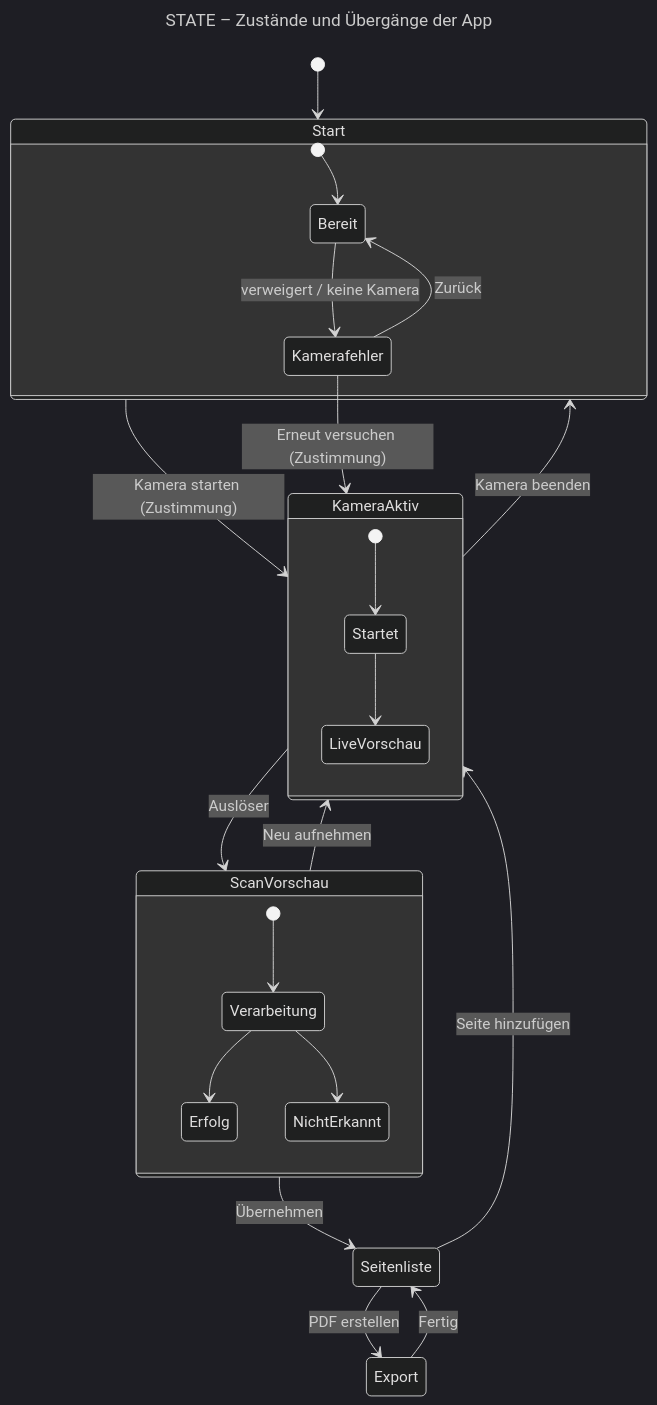
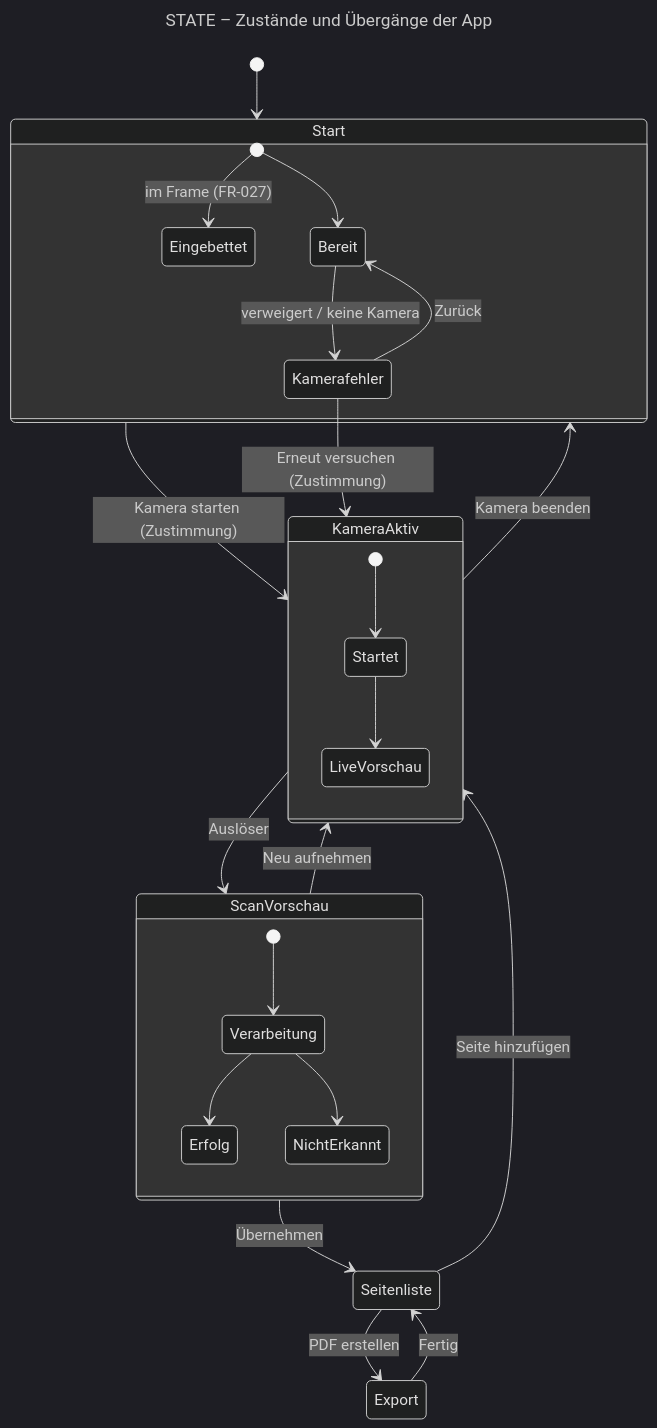
One commit to alexanderweigelt/ScannerPWA changed the third of 8 diagrams in ARCHITECTURE.md. Above: the diagram before and after it, drawn with Mermaid (dark theme). The commit also changed other lines of this file and 8 other files, not shown here.

````diff
--- a/ARCHITECTURE.md
+++ b/ARCHITECTURE.md
@@ -194,32 +195,33 @@
 ```mermaid
 ---
 title: STATE – Zustände und Übergänge der App
 ---
 stateDiagram-v2
   accTitle: Zustandsmaschine der App
   accDescr: Fünf Zustände nach FR-015 mit Teilzuständen nach DESIGN.md. Jeder Zustand hat mindestens eine Aktion; Fehler bleiben Teilzustände.
   [*] --> Start
   state Start {
     [*] --> Bereit
+    [*] --> Eingebettet: im Frame (FR-027)
     Bereit --> Kamerafehler: verweigert / keine Kamera
     Kamerafehler --> Bereit: Zurück
   }
   Start --> KameraAktiv: Kamera starten (Zustimmung)
   Kamerafehler --> KameraAktiv: Erneut versuchen (Zustimmung)
   state KameraAktiv {
     [*] --> Startet
     Startet --> LiveVorschau
   }
   KameraAktiv --> Start: Kamera beenden
   KameraAktiv --> ScanVorschau: Auslöser
   state ScanVorschau {
     [*] --> Verarbeitung
     Verarbeitung --> Erfolg
     Verarbeitung --> NichtErkannt
   }
   ScanVorschau --> KameraAktiv: Neu aufnehmen
   ScanVorschau --> Seitenliste: Übernehmen
   Seitenliste --> KameraAktiv: Seite hinzufügen
   Seitenliste --> Export: PDF erstellen
   Export --> Seitenliste: Fertig
 ```
````
